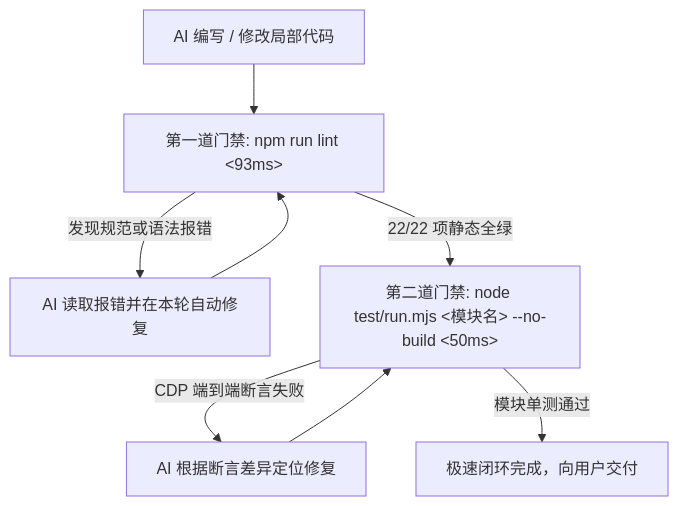
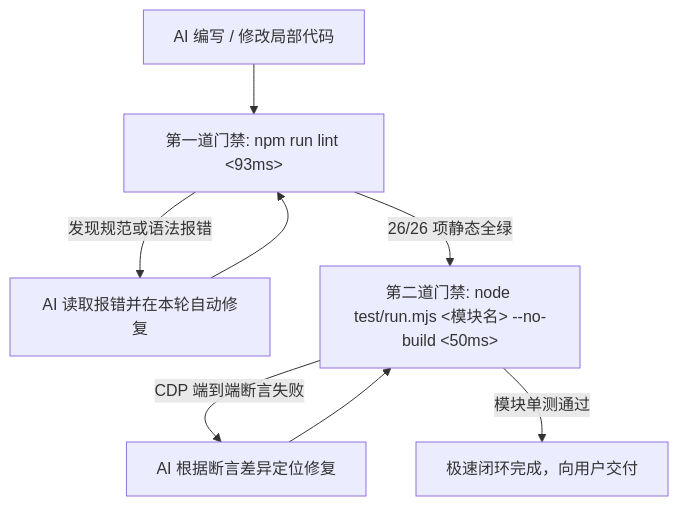
One commit to leosdcn/glass-start changed the diagram in AGENTS.md. Above: the diagram before and after it, drawn with Mermaid. The commit also changed 1 other file, not shown here.

Commit message:
ci: 将防 BFCache 4 大暗坑写入 lint.mjs 自动化静态门禁 (扩充至 26 项)

````diff
--- a/AGENTS.md
+++ b/AGENTS.md
@@ -87,10 +87,10 @@
 ```mermaid
 flowchart TD
     A[AI 编写 / 修改局部代码] --> B[第一道门禁: npm run lint <93ms>]
     B -- 发现规范或语法报错 --> C[AI 读取报错并在本轮自动修复]
     C --> B
-    B -- 22/22 项静态全绿 --> D[第二道门禁: node test/run.mjs <模块名> --no-build <50ms>]
+    B -- 26/26 项静态全绿 --> D[第二道门禁: node test/run.mjs <模块名> --no-build <50ms>]
     D -- CDP 端到端断言失败 --> E[AI 根据断言差异定位修复]
     E --> D
     D -- 模块单测通过 --> F[极速闭环完成，向用户交付]
 ```
````
